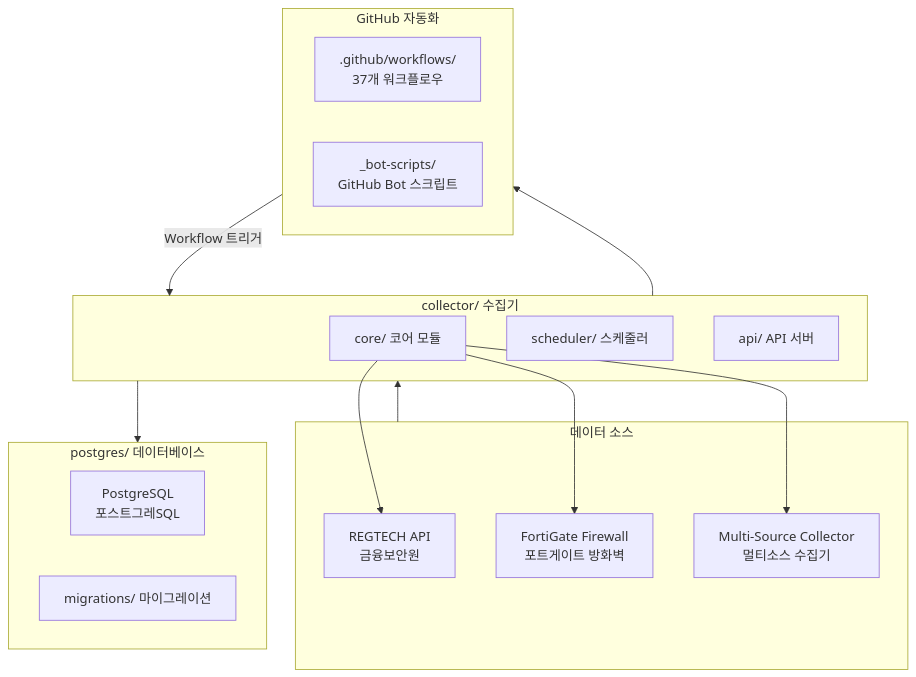
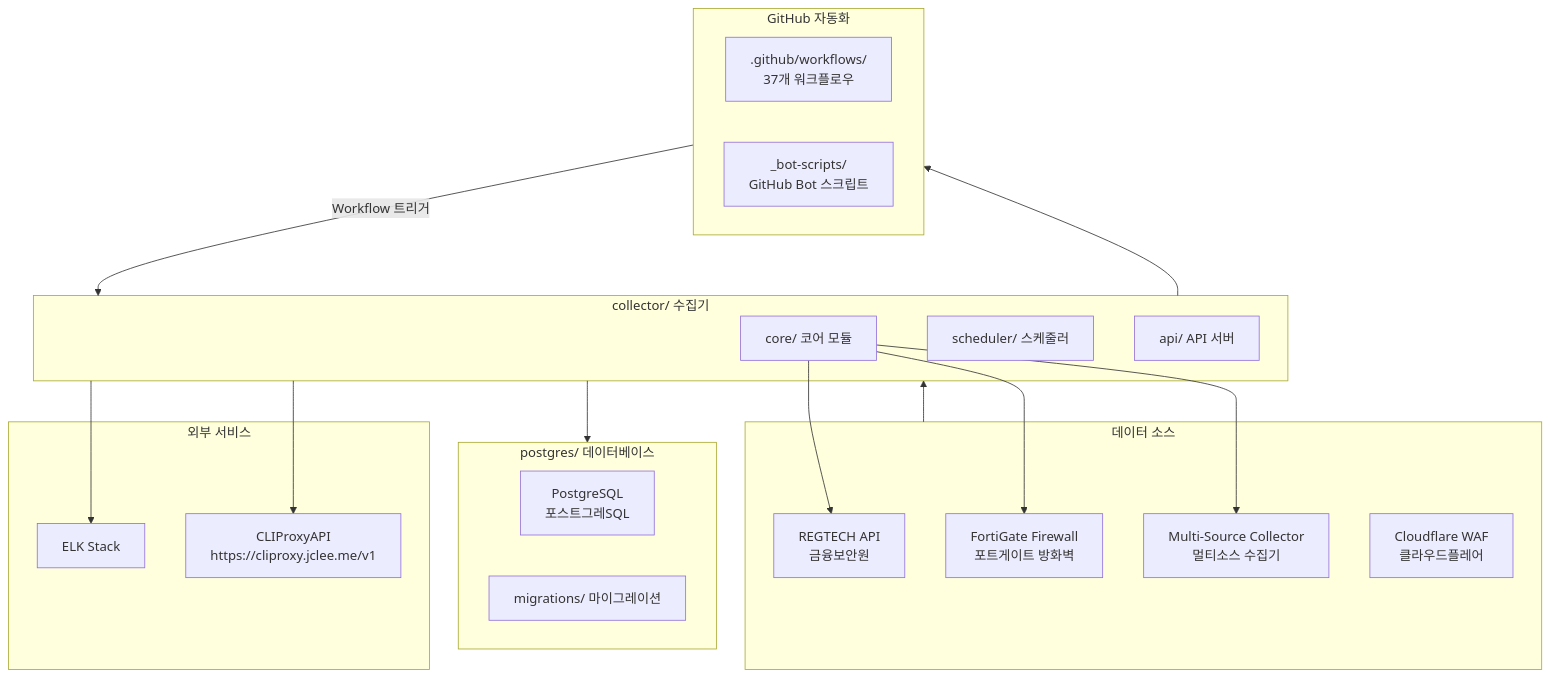
The first of 2 diagrams in README.md (jclee941/blacklist), drawn with Mermaid before and after one commit. The commit also changed other lines of this file, not shown here.

````diff
--- a/README.md
+++ b/README.md
@@ -25,33 +25,41 @@
 ```mermaid
 flowchart TB
     subgraph DataSources["데이터 소스"]
         REGTECH["REGTECH API<br/>금융보안원"]
         FORTIGATE["FortiGate Firewall<br/>포트게이트 방화벽"]
         MULTI["Multi-Source Collector<br/>멀티소스 수집기"]
+        CLOUDFLARE["Cloudflare WAF<br/>클라우드플레어"]
     end
 
-    subgraph Collector[" collector/ 수집기"]
+    subgraph Collector["collector/ 수집기"]
         CORE["core/ 코어 모듈"]
         SCHEDULER["scheduler/ 스케줄러"]
         API["api/ API 서버"]
         
         CORE --> FORTIGATE
         CORE --> REGTECH
         CORE --> MULTI
     end
 
     subgraph Database["postgres/ 데이터베이스"]
         PG["PostgreSQL<br/>포스트그레SQL"]
         MIGRATIONS["migrations/ 마이그레이션"]
     end
 
     subgraph GitHubAutomation["GitHub 자동화"]
         WORKFLOWS[".github/workflows/<br/>37개 워크플로우"]
         BOTS["_bot-scripts/<br/>GitHub Bot 스크립트"]
     end
 
+    subgraph ExternalServices["외부 서비스"]
+        ELK["ELK Stack<br/><homelab-elk>"]
+        PROXY["CLIProxyAPI<br/>https://cliproxy.jclee.me/v1"]
+    end
+
     DataSources --> Collector
     Collector --> Database
     Collector --> GitHubAutomation
     GitHubAutomation -->|Workflow 트리거| Collector
+    Collector --> ELK
+    Collector --> PROXY
 ```
````
